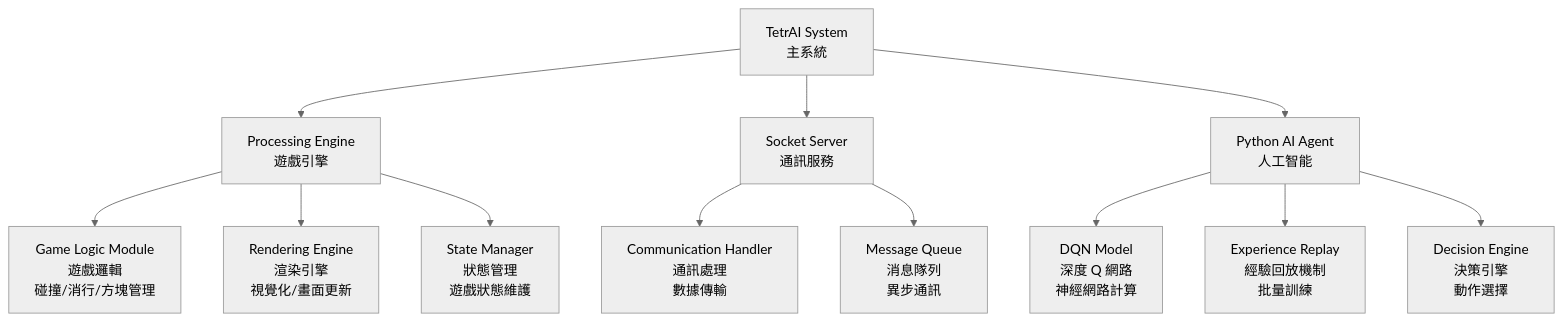
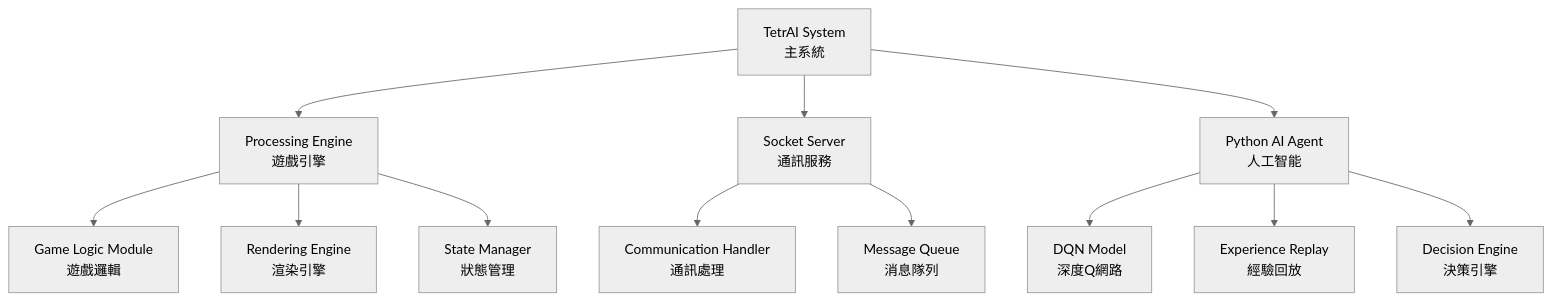
The third of 5 diagrams in doc/TetrAI_Proposal.md (C111112104/ML_Game), drawn with Mermaid (neutral theme) before and after one commit. The commit also changed other lines of this file, not shown here.

````diff
--- a/doc/TetrAI_Proposal.md
+++ b/doc/TetrAI_Proposal.md
@@ -198,34 +198,34 @@
 ```mermaid
 graph TD
     A["TetrAI System<br/>主系統"]
     
     B["Processing Engine<br/>遊戲引擎"]
     C["Socket Server<br/>通訊服務"]
     D["Python AI Agent<br/>人工智能"]
     
-    B1["Game Logic Module<br/>遊戲邏輯<br/>碰撞/消行/方塊管理"]
-    B2["Rendering Engine<br/>渲染引擎<br/>視覺化/畫面更新"]
-    B3["State Manager<br/>狀態管理<br/>遊戲狀態維護"]
+    B1["Game Logic Module<br/>遊戲邏輯"]
+    B2["Rendering Engine<br/>渲染引擎"]
+    B3["State Manager<br/>狀態管理"]
     
-    C1["Communication Handler<br/>通訊處理<br/>數據傳輸"]
-    C2["Message Queue<br/>消息隊列<br/>異步通訊"]
+    C1["Communication Handler<br/>通訊處理"]
+    C2["Message Queue<br/>消息隊列"]
     
-    D1["DQN Model<br/>深度 Q 網路<br/>神經網路計算"]
-    D2["Experience Replay<br/>經驗回放機制<br/>批量訓練"]
-    D3["Decision Engine<br/>決策引擎<br/>動作選擇"]
+    D1["DQN Model<br/>深度Q網路"]
+    D2["Experience Replay<br/>經驗回放"]
+    D3["Decision Engine<br/>決策引擎"]
     
     A --> B
     A --> C
     A --> D
     
     B --> B1
     B --> B2
     B --> B3
     
     C --> C1
     C --> C2
     
     D --> D1
     D --> D2
     D --> D3
 ```
````
